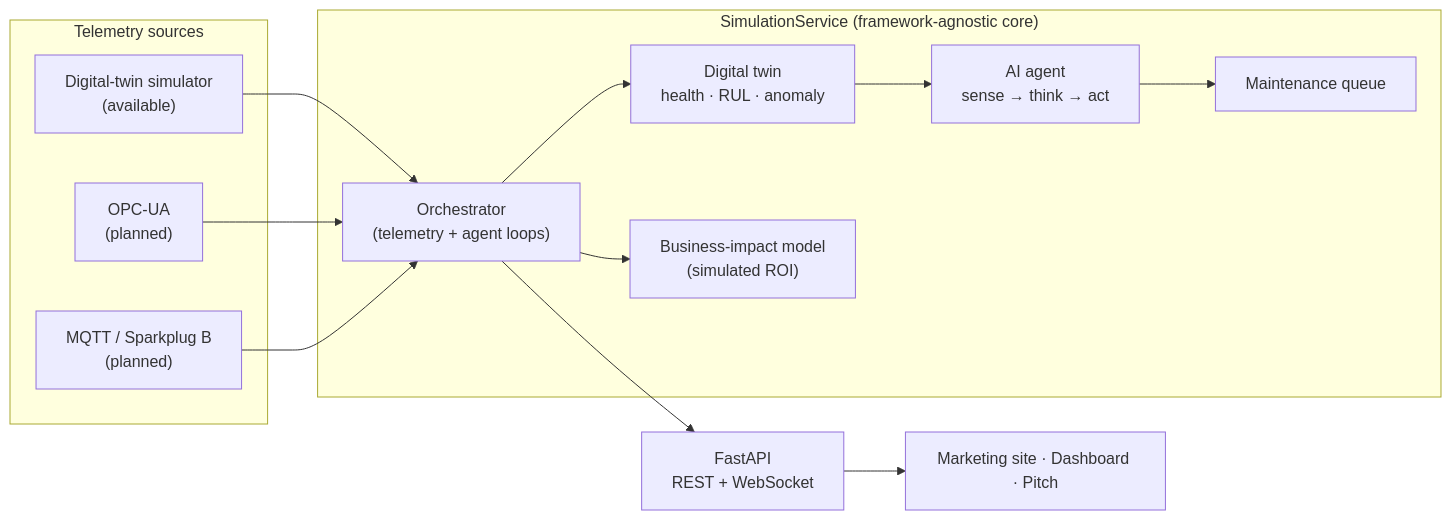
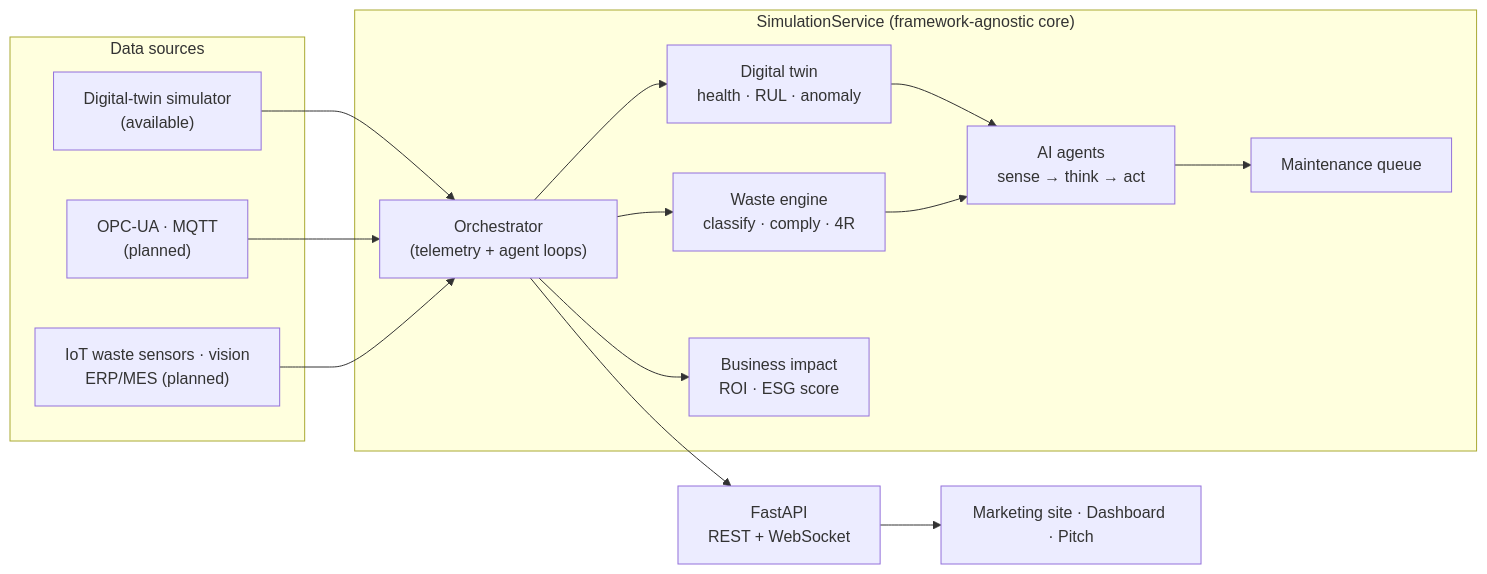
One commit to yehiasamir27/powersim-ai changed the diagram in README.md. Above: the diagram before and after it, drawn with Mermaid. The commit also changed other lines of this file and 7 other files, not shown here.

````diff
--- a/README.md
+++ b/README.md
@@ -59,20 +74,22 @@
 ```mermaid
 flowchart LR
-    subgraph Sources["Telemetry sources"]
+    subgraph Sources["Data sources"]
       SIM["Digital-twin simulator<br/>(available)"]
-      OPC["OPC-UA<br/>(planned)"]
-      MQTT["MQTT / Sparkplug B<br/>(planned)"]
+      OPC["OPC-UA · MQTT<br/>(planned)"]
+      WIOT["IoT waste sensors · vision<br/>ERP/MES (planned)"]
     end
-    SIM & OPC & MQTT --> SVC
+    SIM & OPC & WIOT --> SVC
     subgraph Core["SimulationService (framework-agnostic core)"]
       SVC["Orchestrator<br/>(telemetry + agent loops)"]
       TWIN["Digital twin<br/>health · RUL · anomaly"]
-      AGENT["AI agent<br/>sense → think → act"]
+      WASTE["Waste engine<br/>classify · comply · 4R"]
+      AGENT["AI agents<br/>sense → think → act"]
       MAINT["Maintenance queue"]
-      IMPACT["Business-impact model<br/>(simulated ROI)"]
+      IMPACT["Business impact<br/>ROI · ESG score"]
       SVC --> TWIN --> AGENT --> MAINT
+      SVC --> WASTE --> AGENT
       SVC --> IMPACT
     end
     SVC --> API["FastAPI<br/>REST + WebSocket"]
     API --> UI["Marketing site · Dashboard · Pitch"]
 ```
````
